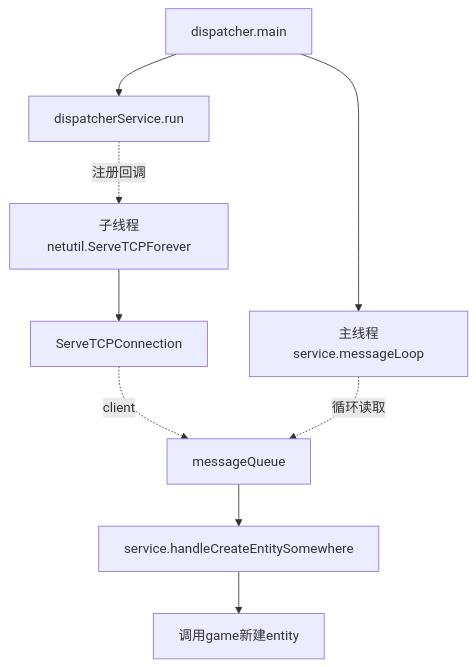
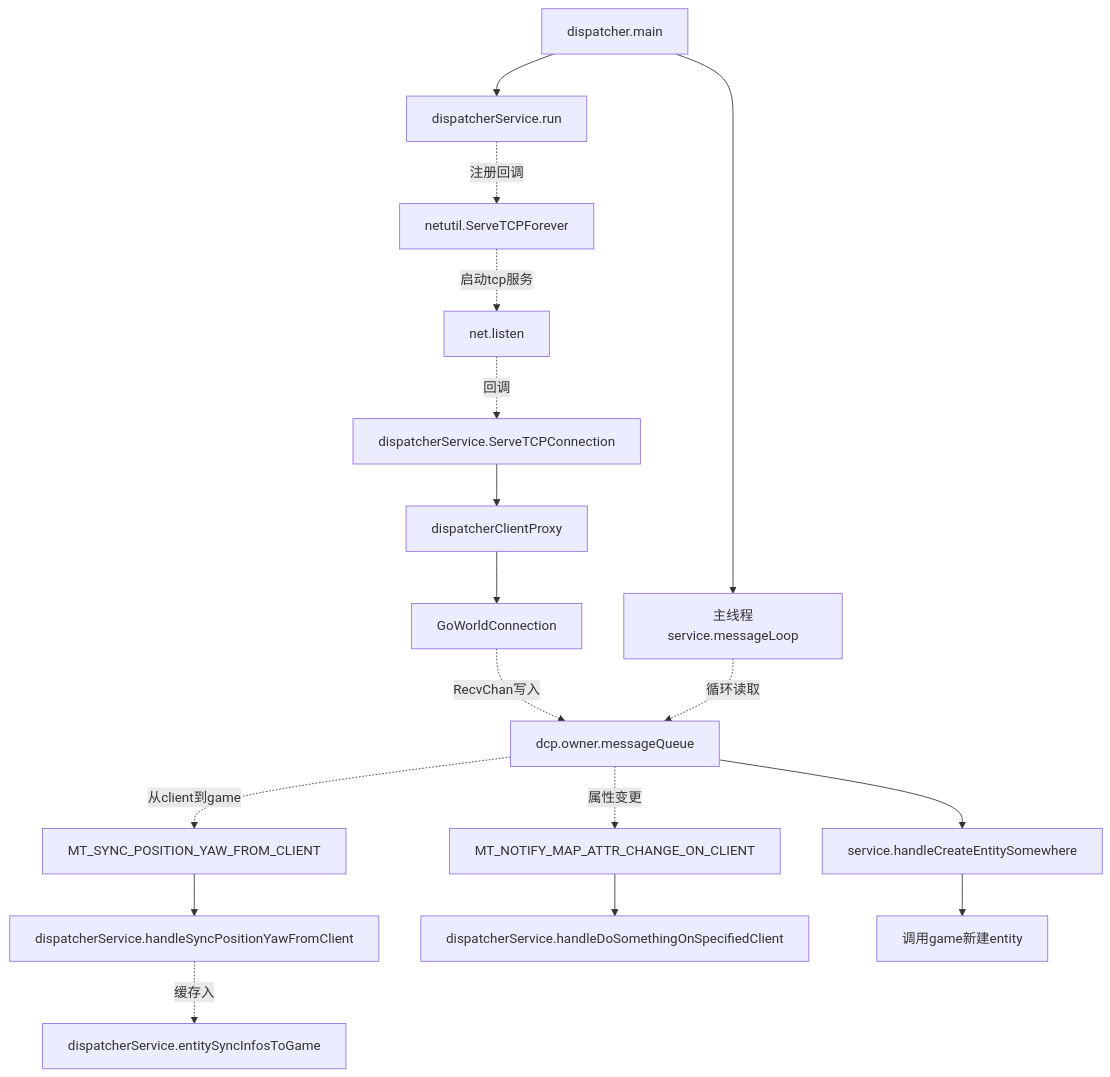
The diagram in 9.项目阅读笔记/4.2dispatcher.md (hammercui/book-list), drawn with Mermaid before and after one commit. The commit also changed other lines of this file and 6 other files, not shown here.

````diff
--- a/9.项目阅读笔记/4.2dispatcher.md
+++ b/9.项目阅读笔记/4.2dispatcher.md
@@ -5,13 +12,22 @@
 ```mermaid
 
 graph TB
     a[dispatcher.main]-->b[dispatcherService.run]
-    b-.注册回调.->c[子线程netutil.ServeTCPForever]
-    c-->d[ServeTCPConnection]
-    d-.client.->e[messageQueue]
+    b-.注册回调.->c[netutil.ServeTCPForever]
+    c-.启动tcp服务.->d0[net.listen]
+    d0-.回调.->d[dispatcherService.ServeTCPConnection]
+    d-->d1[dispatcherClientProxy]
+    d1-->d2[GoWorldConnection]
+    d2-.RecvChan写入.->e[dcp.owner.messageQueue]
     a-->b2[主线程service.messageLoop]
     b2-.循环读取.->e
+    e-.从client到game.->e1[MT_SYNC_POSITION_YAW_FROM_CLIENT]
+    e1-->f1[dispatcherService.handleSyncPositionYawFromClient]
+    f1-.缓存入.->g1[dispatcherService.entitySyncInfosToGame]
+    e-.属性变更.->e2[MT_NOTIFY_MAP_ATTR_CHANGE_ON_CLIENT]
+    e2-->f2[dispatcherService.handleDoSomethingOnSpecifiedClient]
     e-->f[service.handleCreateEntitySomewhere]
     f-->g[调用game新建entity]
 
+
 ```
````
